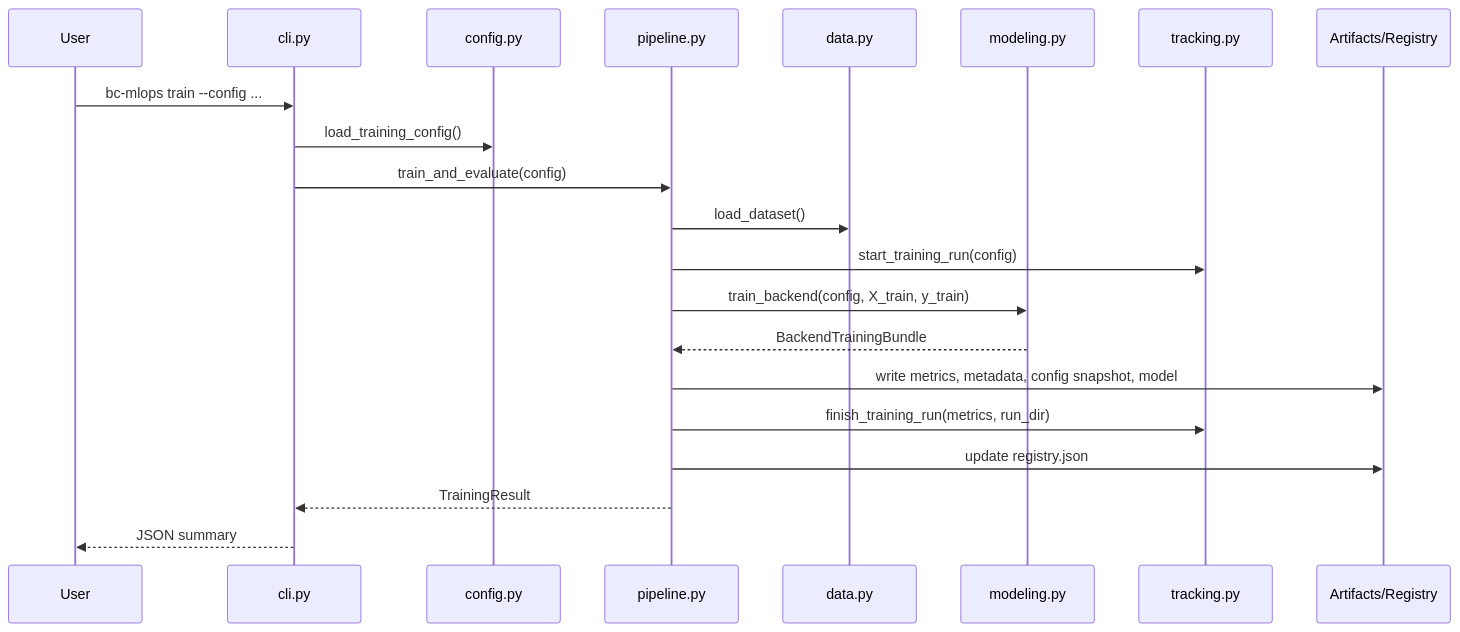
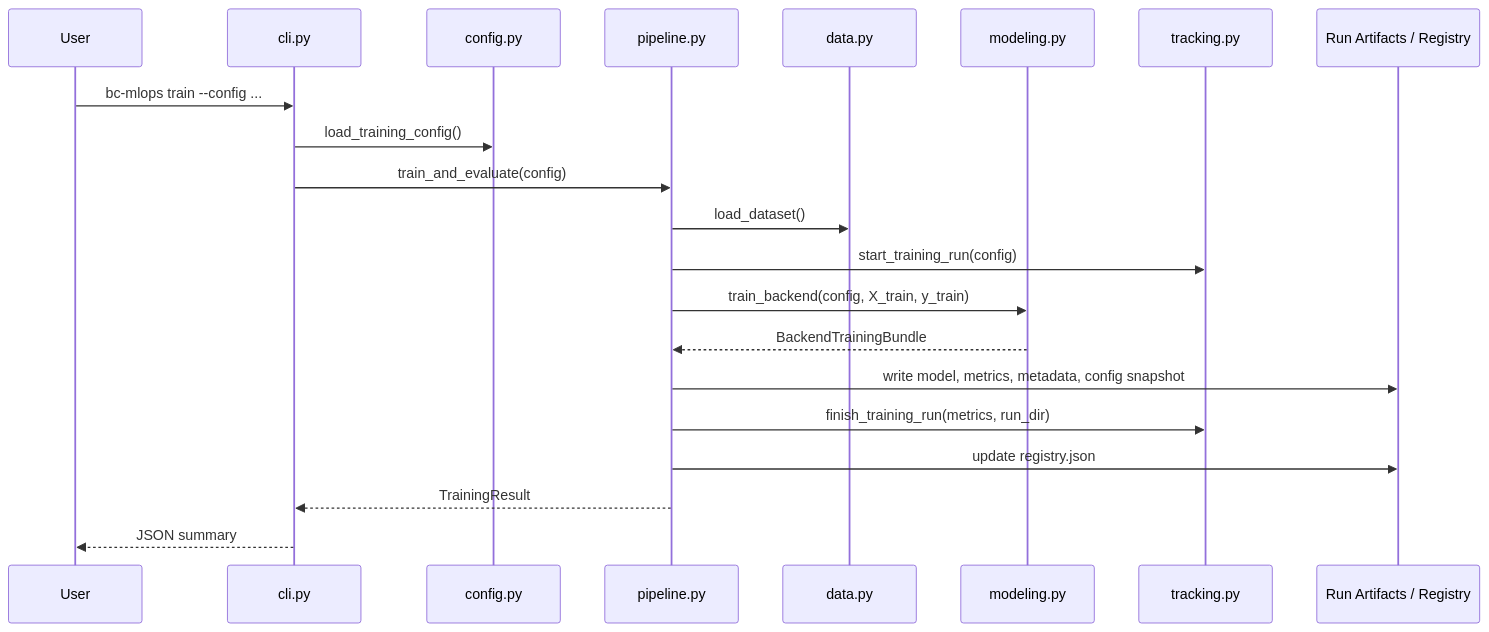
The second of 2 diagrams in docs/source/architecture.rst (MerlinSwd/breast-cancer-mlops-showcase), drawn with Mermaid before and after one commit. The commit also changed other lines of this file and 34 other files, not shown here.

```diff
--- a/docs/source/architecture.rst
+++ b/docs/source/architecture.rst
@@ -77,24 +105,24 @@
 .. mermaid::
 
    sequenceDiagram
        participant User
        participant CLI as cli.py
        participant Config as config.py
        participant Pipeline as pipeline.py
        participant Data as data.py
        participant Backend as modeling.py
        participant Tracking as tracking.py
-       participant Disk as Artifacts/Registry
+       participant Disk as Run Artifacts / Registry
 
        User->>CLI: bc-mlops train --config ...
        CLI->>Config: load_training_config()
        CLI->>Pipeline: train_and_evaluate(config)
        Pipeline->>Data: load_dataset()
        Pipeline->>Tracking: start_training_run(config)
        Pipeline->>Backend: train_backend(config, X_train, y_train)
        Backend-->>Pipeline: BackendTrainingBundle
-       Pipeline->>Disk: write metrics, metadata, config snapshot, model
+       Pipeline->>Disk: write model, metrics, metadata, config snapshot
        Pipeline->>Tracking: finish_training_run(metrics, run_dir)
        Pipeline->>Disk: update registry.json
        Pipeline-->>CLI: TrainingResult
        CLI-->>User: JSON summary
```
